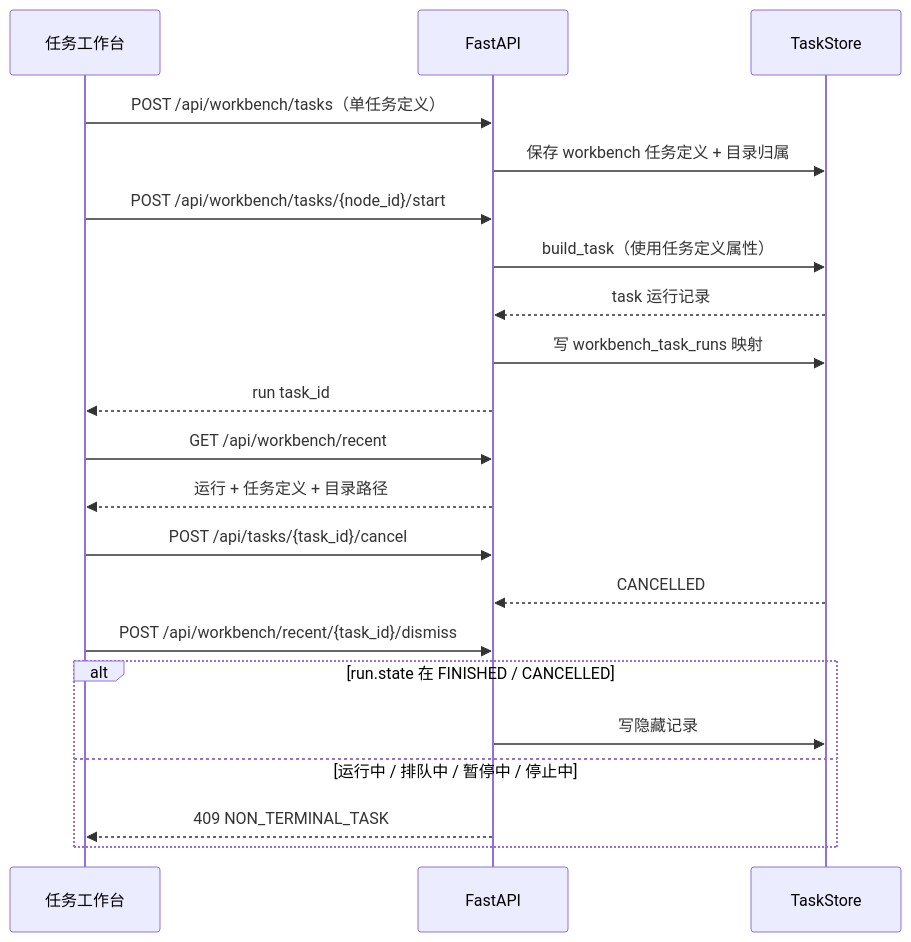
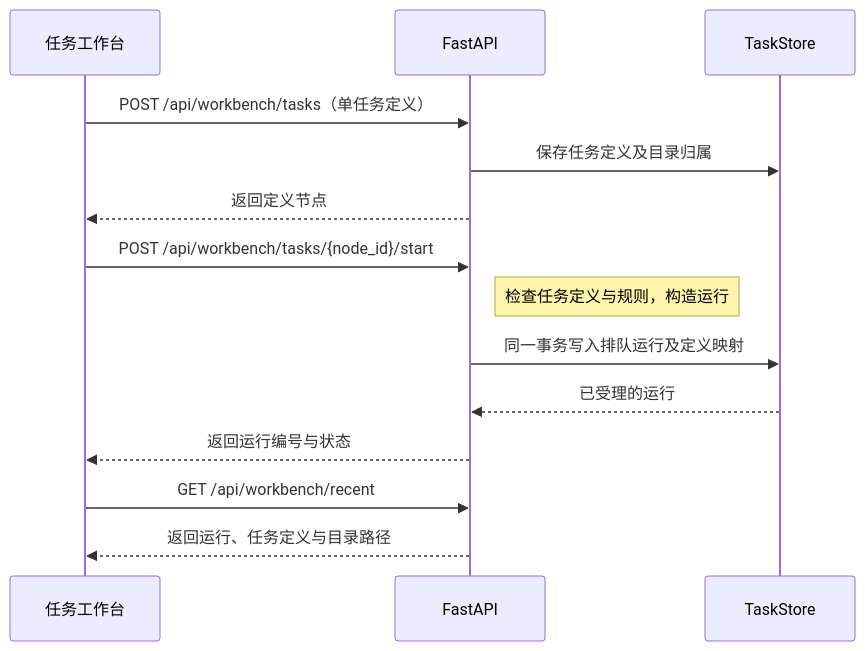
One commit to xuchaoxin1375/ai-ecom-crawler changed the second of 4 diagrams in docs/49-任务树与最近任务工作台设计.md. Above: the diagram before and after it, drawn with Mermaid. The commit also changed other lines of this file and 3 other files, not shown here.

````diff
--- a/docs/49-任务树与最近任务工作台设计.md
+++ b/docs/49-任务树与最近任务工作台设计.md
@@ -89,23 +86,16 @@
 ```mermaid
 sequenceDiagram
     participant UI as 任务工作台
     participant API as FastAPI
     participant S as TaskStore
     UI->>API: POST /api/workbench/tasks（单任务定义）
-    API->>S: 保存 workbench 任务定义 + 目录归属
+    API->>S: 保存任务定义及目录归属
+    API-->>UI: 返回定义节点
     UI->>API: POST /api/workbench/tasks/{node_id}/start
-    API->>S: build_task（使用任务定义属性）
-    S-->>API: task 运行记录
-    API->>S: 写 workbench_task_runs 映射
-    API-->>UI: run task_id
+    Note right of API: 检查任务定义与规则，构造运行
+    API->>S: 同一事务写入排队运行及定义映射
+    S-->>API: 已受理的运行
+    API-->>UI: 返回运行编号与状态
     UI->>API: GET /api/workbench/recent
-    API-->>UI: 运行 + 任务定义 + 目录路径
-    UI->>API: POST /api/tasks/{task_id}/cancel
-    S-->>API: CANCELLED
-    UI->>API: POST /api/workbench/recent/{task_id}/dismiss
-    alt run.state 在 FINISHED / CANCELLED
-        API->>S: 写隐藏记录
-    else 运行中 / 排队中 / 暂停中 / 停止中
-        API-->>UI: 409 NON_TERMINAL_TASK
-    end
+    API-->>UI: 返回运行、任务定义与目录路径
 ```
````
